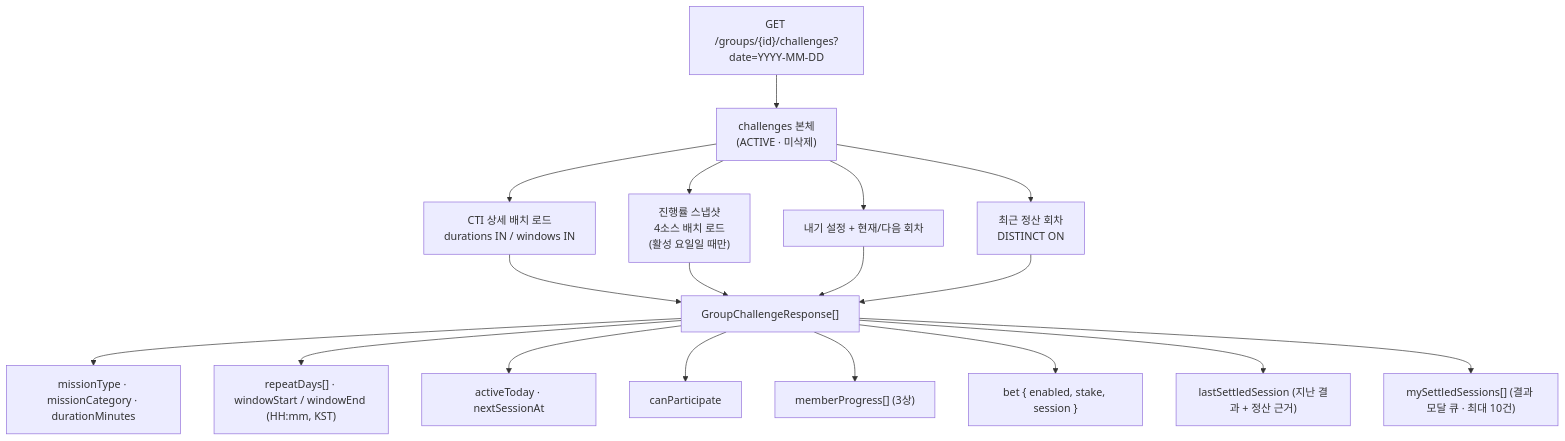
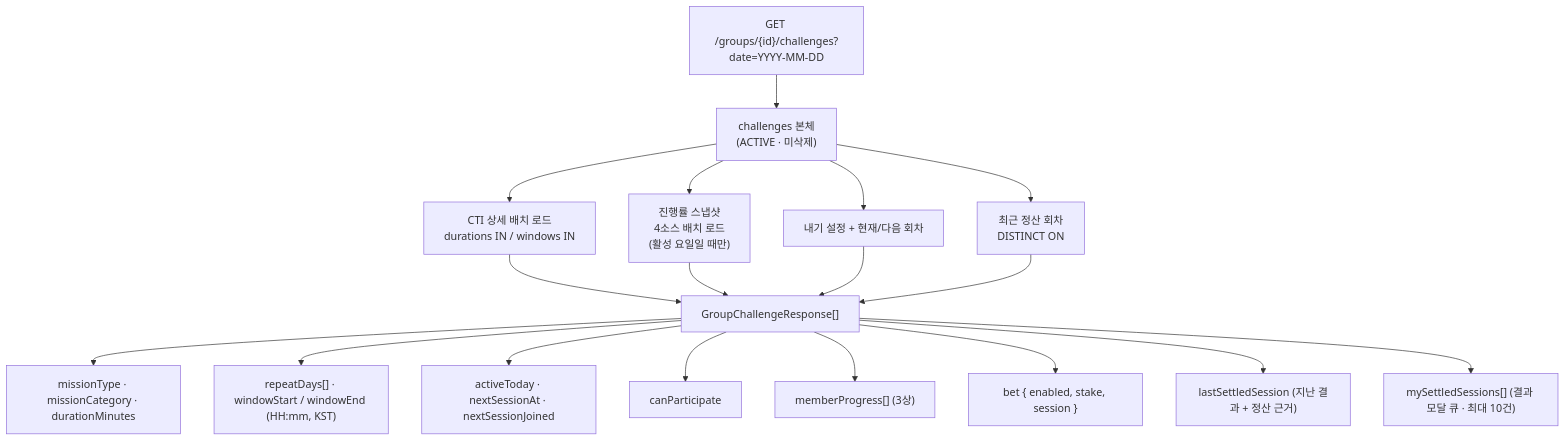
One commit to OneOrThree/phone changed the seventh of 11 diagrams in docs/prd/challenge/information-architecture.md. Above: the diagram before and after it, drawn with Mermaid. The commit also changed other lines of this file and 5 other files, not shown here.

````diff
--- a/docs/prd/challenge/information-architecture.md
+++ b/docs/prd/challenge/information-architecture.md
@@ -327,19 +327,19 @@
 ```mermaid
 flowchart TB
     REQ["GET /groups/{id}/challenges?date=YYYY-MM-DD"] --> R1["challenges 본체<br/>(ACTIVE · 미삭제)"]
     R1 --> R2["CTI 상세 배치 로드<br/>durations IN / windows IN"]
     R1 --> R3["진행률 스냅샷<br/>4소스 배치 로드<br/>(활성 요일일 때만)"]
     R1 --> R4["내기 설정 + 현재/다음 회차"]
     R1 --> R5["최근 정산 회차<br/>DISTINCT ON"]
 
     R2 & R3 & R4 & R5 --> OUT["GroupChallengeResponse[]"]
 
     OUT --> F1["missionType · missionCategory · durationMinutes"]
     OUT --> F2["repeatDays[] · windowStart / windowEnd (HH:mm, KST)"]
-    OUT --> F3["activeToday · nextSessionAt"]
+    OUT --> F3["activeToday · nextSessionAt · nextSessionJoined"]
     OUT --> F4["canParticipate"]
     OUT --> F5["memberProgress[] (3상)"]
     OUT --> F6["bet { enabled, stake, session }"]
     OUT --> F7["lastSettledSession (지난 결과 + 정산 근거)"]
     OUT --> F8["mySettledSessions[] (결과 모달 큐 · 최대 10건)"]
 ```
````
